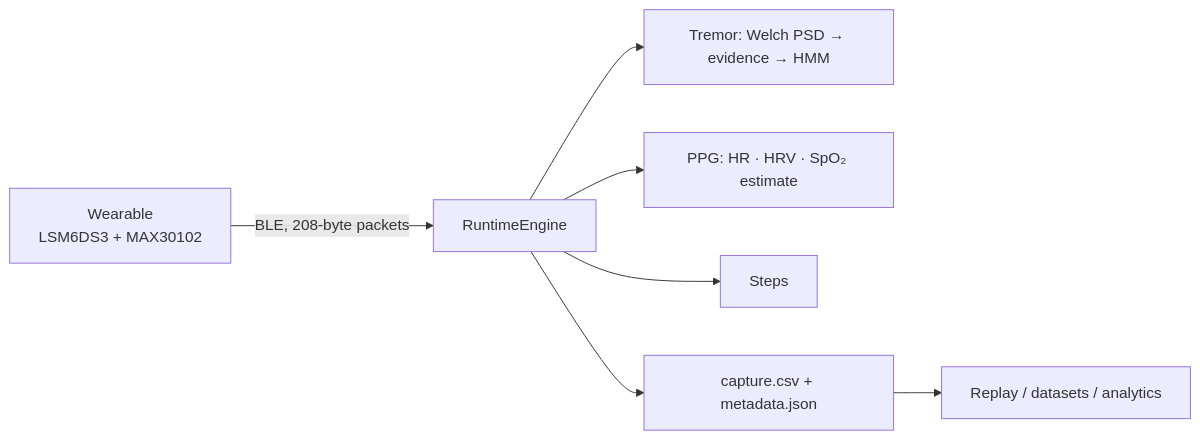
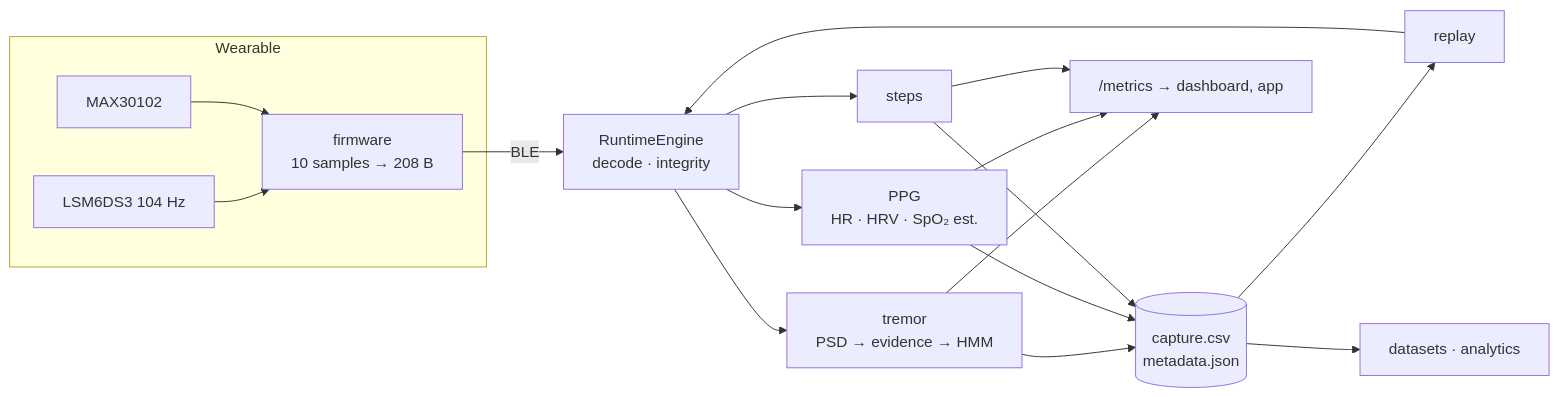
The diagram in README.md (sudo-pranshu/ParkinSense), drawn with Mermaid before and after one commit. The commit also changed other lines of this file and 42 other files, not shown here.

````diff
--- a/README.md
+++ b/README.md
@@ -62,8 +91,15 @@
 ```mermaid
 flowchart LR
-  W["Wearable<br/>LSM6DS3 + MAX30102"] -- "BLE, 208-byte packets" --> E["RuntimeEngine"]
-  E --> T["Tremor: Welch PSD → evidence → HMM"]
-  E --> P["PPG: HR · HRV · SpO₂ estimate"]
-  E --> S["Steps"]
-  E --> R["capture.csv + metadata.json"] --> RP["Replay / datasets / analytics"]
+  subgraph W["Wearable"]
+    IMU["LSM6DS3 104 Hz"] --> FW["firmware<br/>10 samples → 208 B"]
+    PPG["MAX30102"] --> FW
+  end
+  FW -- BLE --> E["RuntimeEngine<br/>decode · integrity"]
+  E --> T["tremor<br/>PSD → evidence → HMM"]
+  E --> H["PPG<br/>HR · HRV · SpO₂ est."]
+  E --> S["steps"]
+  T & H & S --> R[("capture.csv<br/>metadata.json")]
+  T & H & S --> API["/metrics → dashboard, app"]
+  R --> RP["replay"] --> E
+  R --> DS["datasets · analytics"]
 ```
````
